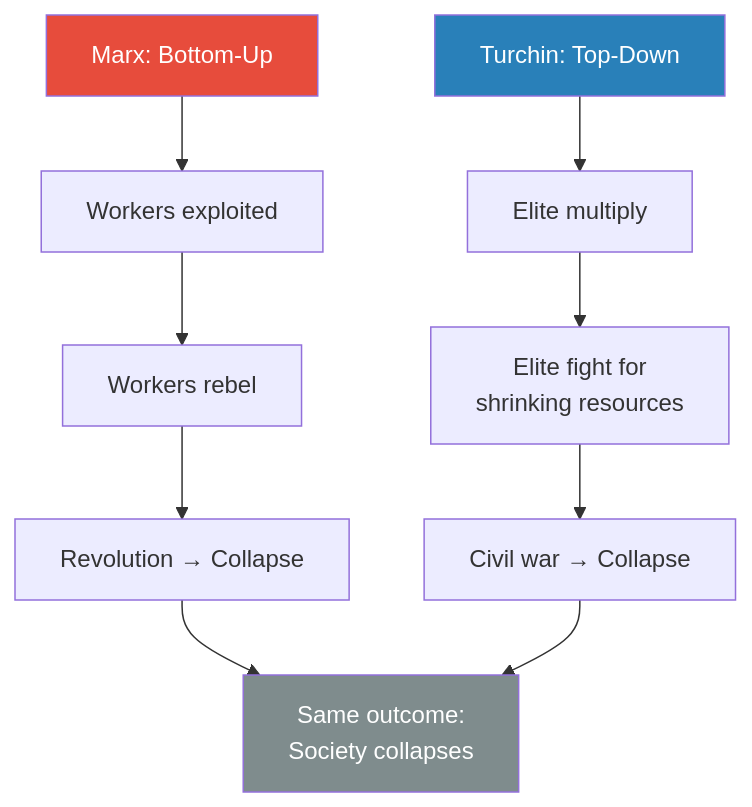
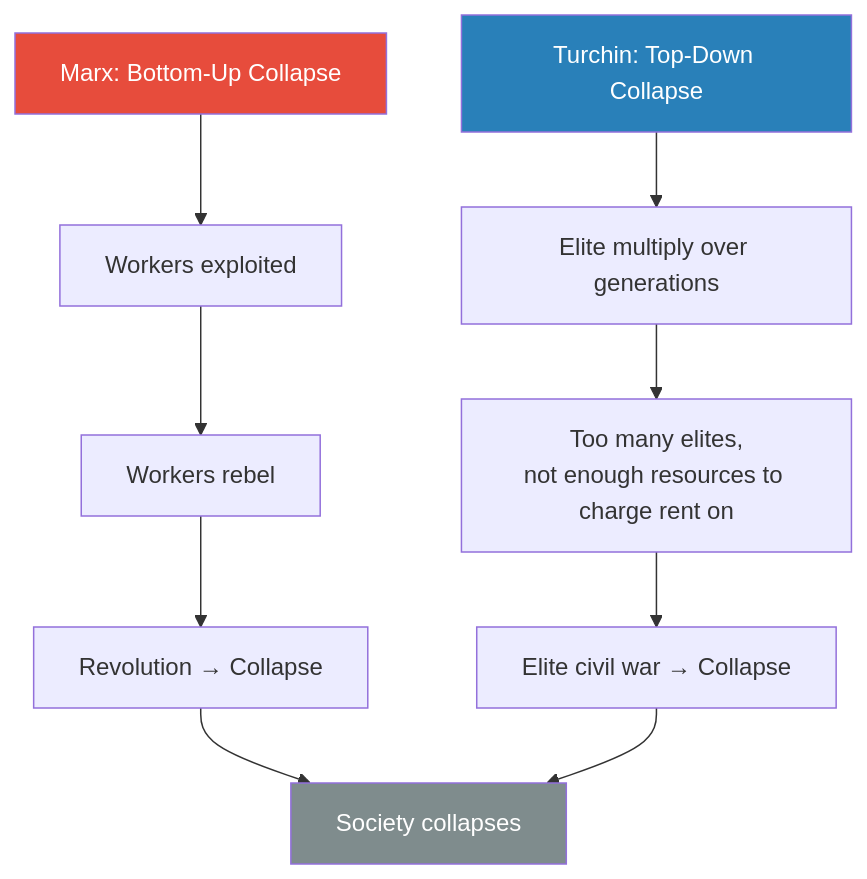
The third of 8 diagrams in summaries/Lectures/Civilization/06 - Elite Overproduction and the Bronze Age Collapse.md (alius33/reader), drawn with Mermaid before and after one commit. The commit also changed other lines of this file and 26 other files, not shown here.

````diff
--- a/summaries/Lectures/Civilization/06 - Elite Overproduction and the Bronze Age Collapse.md
+++ b/summaries/Lectures/Civilization/06 - Elite Overproduction and the Bronze Age Collapse.md
@@ -133,14 +168,14 @@
 ```mermaid
 flowchart TB
-    M["Marx: Bottom-Up"] --> MW["Workers exploited"]
+    M["Marx: Bottom-Up Collapse"] --> MW["Workers exploited"]
     MW --> MR["Workers rebel"]
     MR --> MC["Revolution → Collapse"]
-    T["Turchin: Top-Down"] --> TE["Elite multiply"]
-    TE --> TF["Elite fight for<br/>shrinking resources"]
-    TF --> TC["Civil war → Collapse"]
-    MC --> SAME["Same outcome:<br/>Society collapses"]
+    T["Turchin: Top-Down Collapse"] --> TE["Elite multiply over generations"]
+    TE --> TF["Too many elites,<br/>not enough resources to charge rent on"]
+    TF --> TC["Elite civil war → Collapse"]
+    MC --> SAME["Society collapses"]
     TC --> SAME
     style M fill:#e74c3c,color:#fff
     style T fill:#2980b9,color:#fff
     style SAME fill:#7f8c8d,color:#fff
 ```
````
